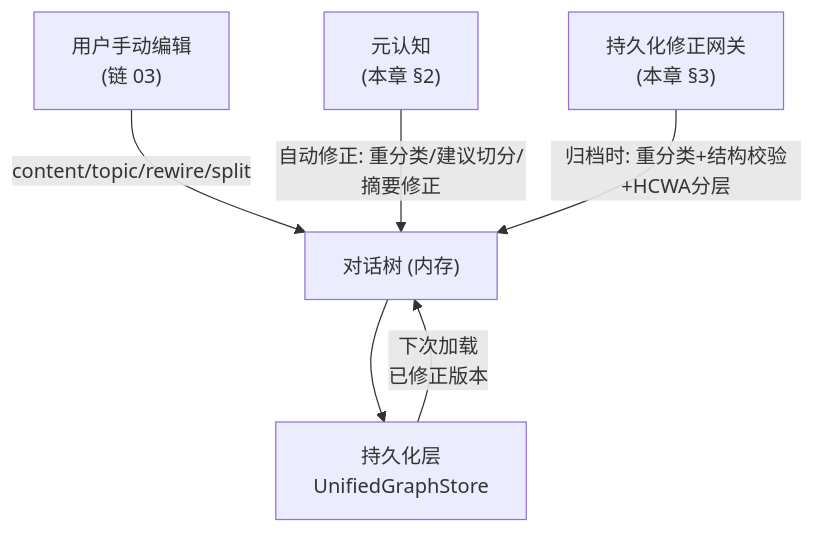
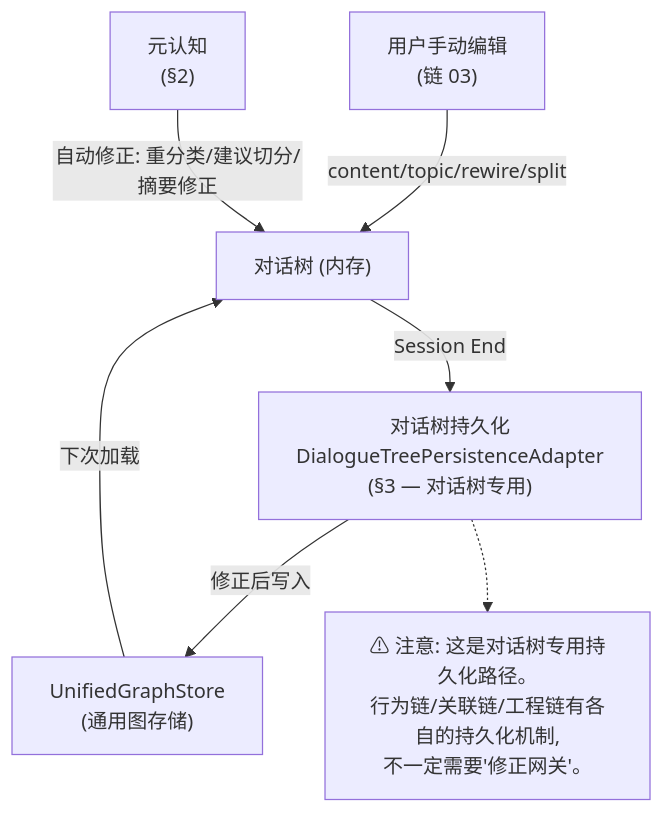
One commit to aptshark-g/DialogMesh changed the first of 4 diagrams in docs/BUSINESS_CHAIN_04_META_PERSIST.md. Above: the diagram before and after it, drawn with Mermaid. The commit also changed other lines of this file, not shown here.

Commit message:
Chain 04 v1.1: clarify correction gateway is dialogue-tree-specific, not universal

````diff
--- a/docs/BUSINESS_CHAIN_04_META_PERSIST.md
+++ b/docs/BUSINESS_CHAIN_04_META_PERSIST.md
@@ -12,11 +13,16 @@
 ```mermaid
 graph TD
     TREE["对话树 (内存)"]
     
     USER["用户手动编辑<br/>(链 03)"] -->|"content/topic/rewire/split"| TREE
-    META["元认知<br/>(本章 §2)"] -->|"自动修正: 重分类/建议切分/摘要修正"| TREE
-    GW["持久化修正网关<br/>(本章 §3)"] -->|"归档时: 重分类+结构校验+HCWA分层"| TREE
+    META["元认知<br/>(§2)"] -->|"自动修正: 重分类/建议切分/摘要修正"| TREE
     
-    TREE --> PERSIST["持久化层<br/>UnifiedGraphStore"]
-    PERSIST -->|"下次加载<br/>已修正版本"| TREE
+    TREE -->|"Session End"| PERSIST["对话树持久化<br/>DialogueTreePersistenceAdapter<br/>(§3 — 对话树专用)"]
+    
+    PERSIST -->|"修正后写入"| STORE["UnifiedGraphStore<br/>(通用图存储)"]
+    STORE -->|"下次加载"| TREE
+    
+    Note1["⚠ 注意: 这是对话树专用持久化路径。<br/>行为链/关联链/工程链有各自的持久化机制,<br/>不一定需要'修正网关'。"]
+
+    PERSIST -.-> Note1
 ```
````
